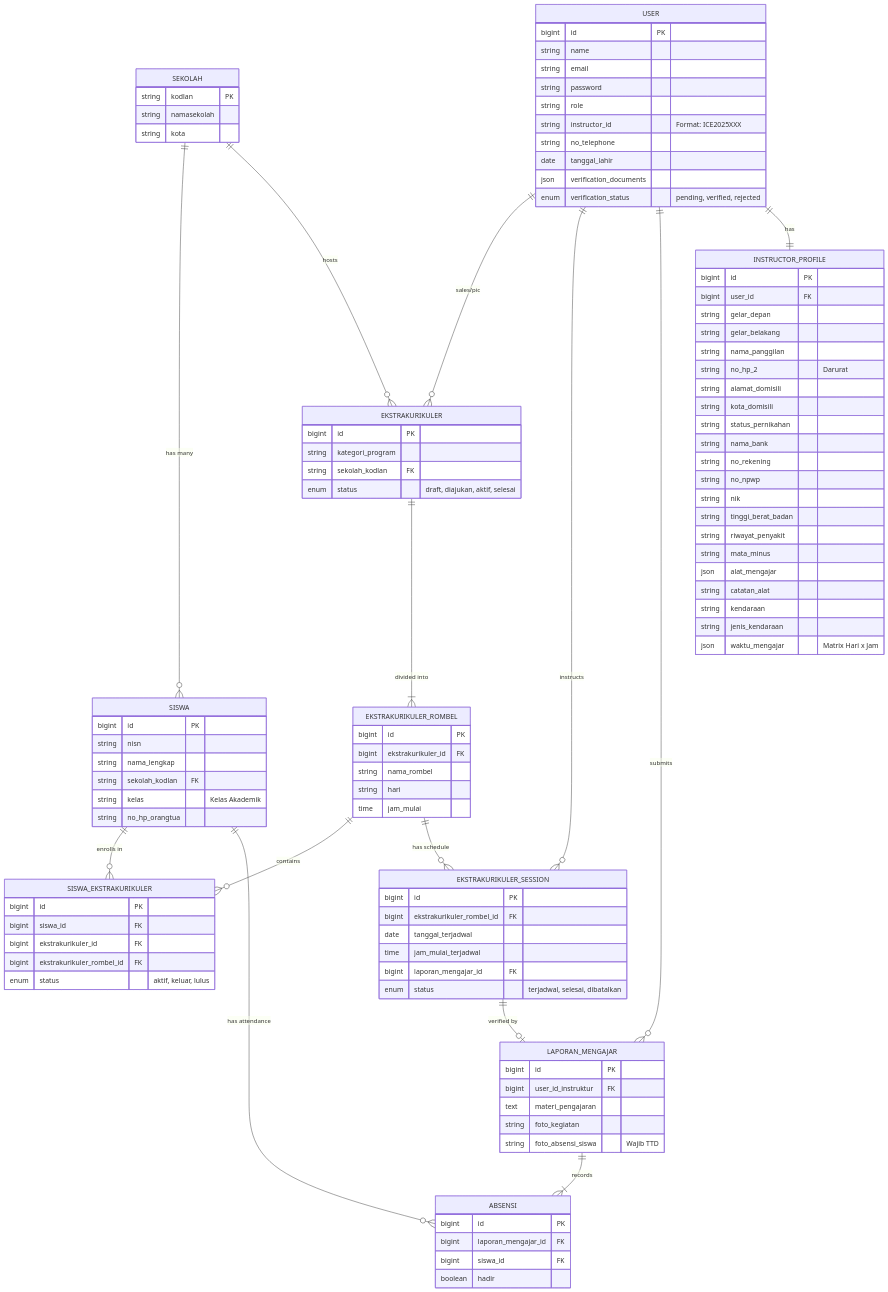
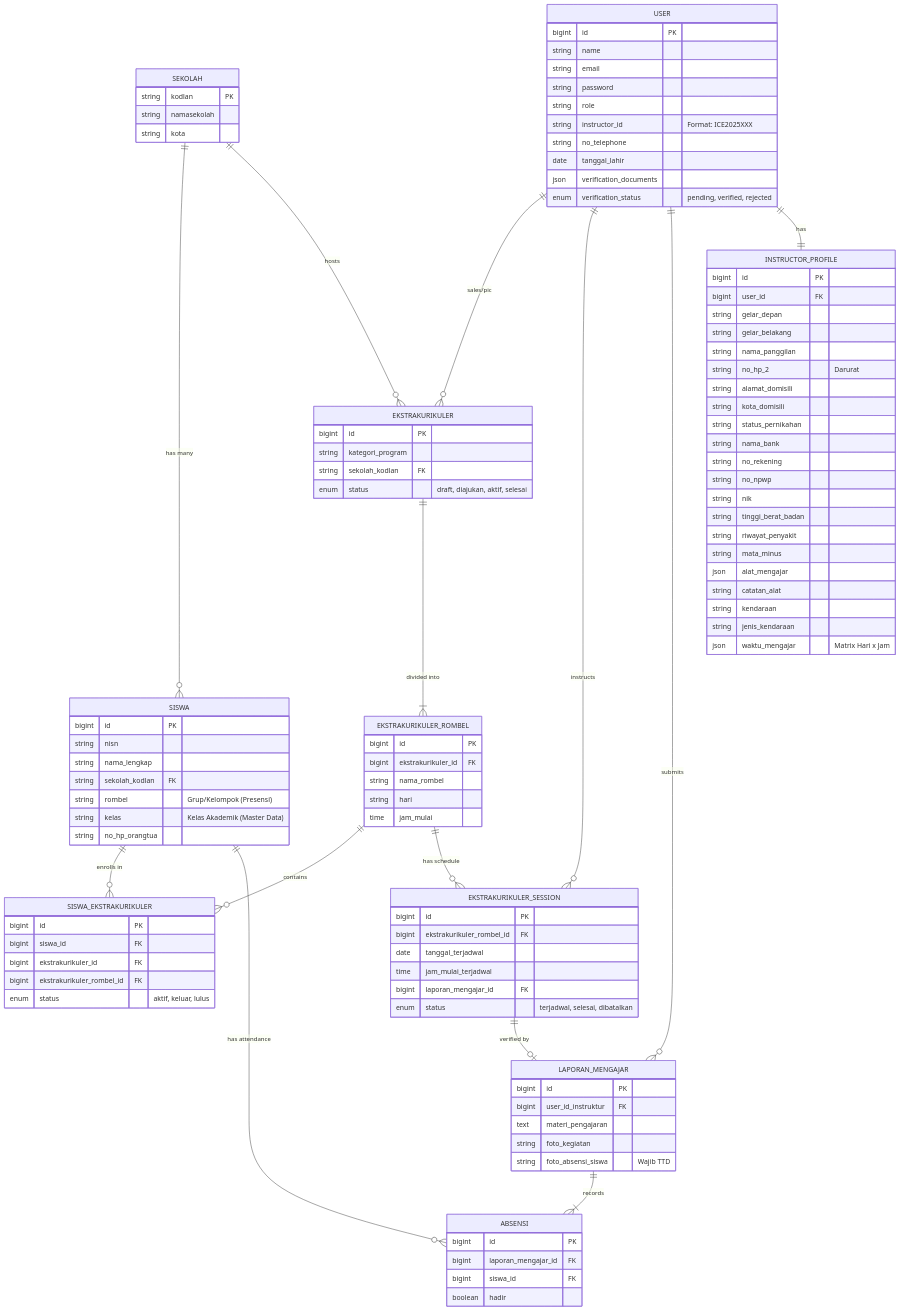
Before and after one commit to ErlassErlass/erlass.institute: the diagram in docs/dev/DATABASE_SCHEMA.md, drawn with Mermaid. The commit also changed other lines of this file and 42 other files, not shown here.

```diff
--- a/docs/dev/DATABASE_SCHEMA.md
+++ b/docs/dev/DATABASE_SCHEMA.md
@@ -36,7 +36,8 @@
         string nisn
         string nama_lengkap
         string sekolah_kodlan FK
-        string kelas "Kelas Akademik"
+        string rombel "Grup/Kelompok (Presensi)"
+        string kelas "Kelas Akademik (Master Data)"
         string no_hp_orangtua
     }
 
```
